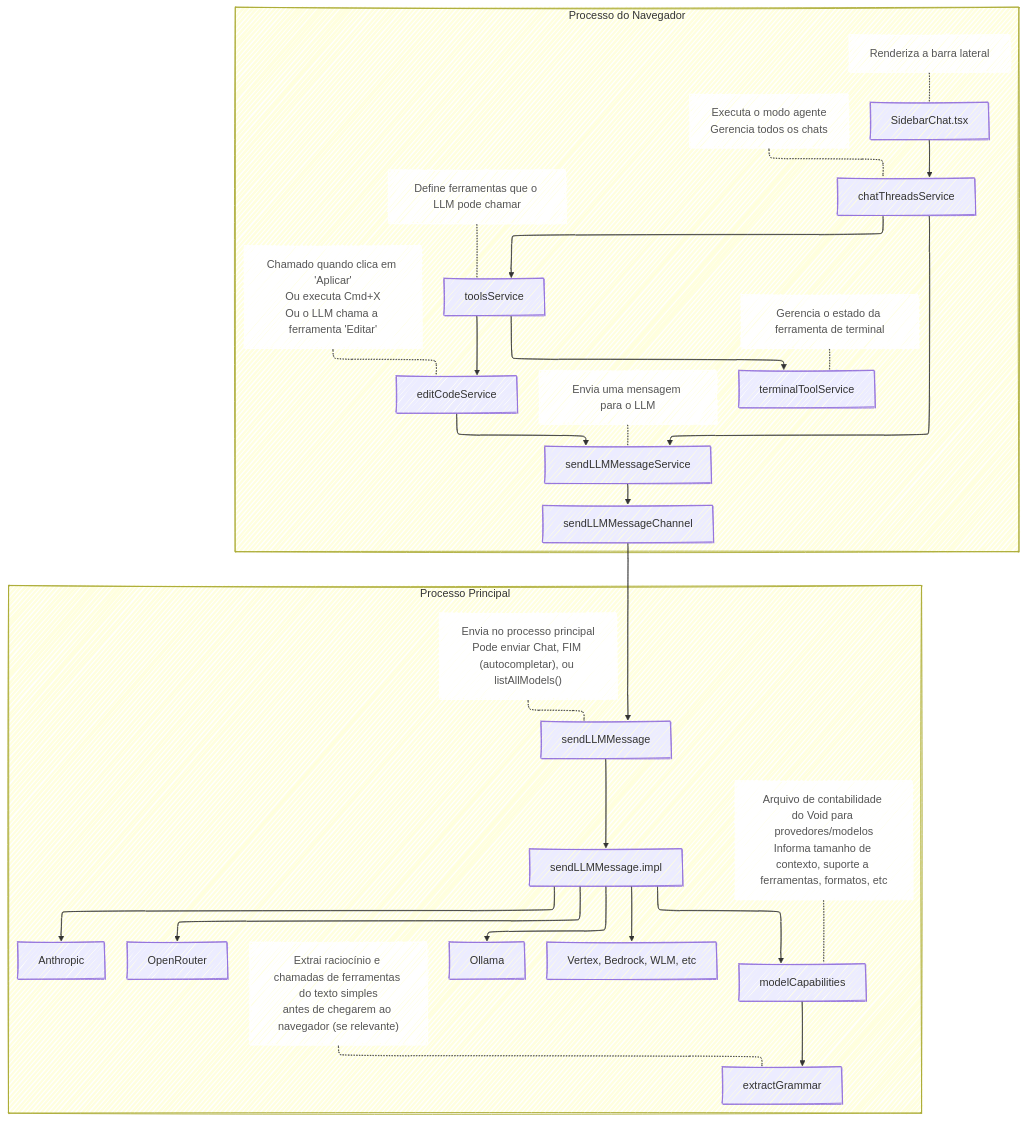
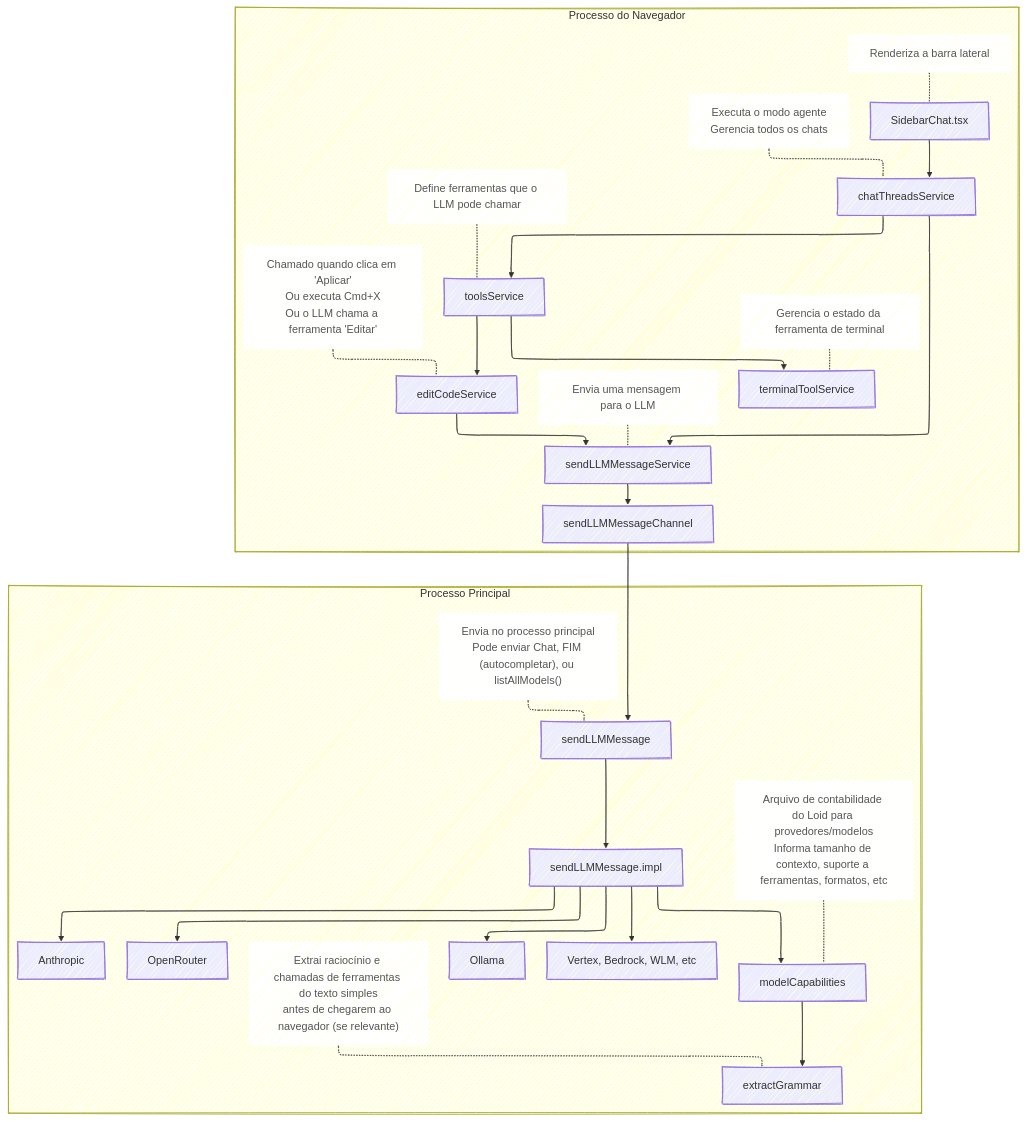
One commit to nextlw/eLaiVoid changed the diagram in VOID_CODEBASE_GUIDE.md. Above: the diagram before and after it, drawn with Mermaid. The commit also changed other lines of this file and 1 other file, not shown here.

Commit message:
Atualiza o guia da base de código, alterando referências de "Void" para "Loid" e ajustando links relacionados. Adiciona novo arquivo simbólico para a extensão "roo-cline".

````diff
--- a/VOID_CODEBASE_GUIDE.md
+++ b/VOID_CODEBASE_GUIDE.md
@@ -48,47 +48,47 @@
 ```mermaid
 ---
 config:
   layout: elk
   theme: mc
   look: handDrawn
 ---
 flowchart TD
     subgraph "Processo do Navegador"
         A[SidebarChat.tsx] --> B[chatThreadsService]
         B --> C[toolsService]
         B --> G[sendLLMMessageService]
         C --> D[terminalToolService]
         C --> E[editCodeService]
         E --> G
         G --> H[sendLLMMessageChannel]
         A1["Renderiza a barra lateral"] -.- A
         B1["Executa o modo agente<br>Gerencia todos os chats"] -.- B
         C1["Define ferramentas que o LLM pode chamar"] -.- C
         D1["Gerencia o estado da ferramenta de terminal"] -.- D
         E1["Chamado quando clica em 'Aplicar'<br>Ou executa Cmd+X<br>Ou o LLM chama a ferramenta 'Editar'"] -.- E
         G1["Envia uma mensagem para o LLM"] -.- G
     end
     subgraph "Processo Principal"
         H --> M[sendLLMMessage]
         M --> I[sendLLMMessage.impl]
         I --> J[Anthropic]
         I --> K[OpenRouter]
         I --> L[Ollama]
         I --> O[Vertex, Bedrock, WLM, etc]
         I --> N[modelCapabilities]
         N --> P[extractGrammar]
         M1["Envia no processo principal<br>Pode enviar Chat, FIM (autocompletar), ou listAllModels()"] -.- M
-        N1["Arquivo de contabilidade do Void para provedores/modelos<br>Informa tamanho de contexto, suporte a ferramentas, formatos, etc"] -.- N
+        N1["Arquivo de contabilidade do Loid para provedores/modelos<br>Informa tamanho de contexto, suporte a ferramentas, formatos, etc"] -.- N
         P1["Extrai raciocínio e chamadas de ferramentas do texto simples<br>antes de chegarem ao navegador (se relevante)"] -.- P
     end
     style A1 fill:#ffffff,stroke:#ffffff,color:#555555
     style B1 fill:#ffffff,stroke:#ffffff,color:#555555
     style C1 fill:#ffffff,stroke:#ffffff,color:#555555
     style D1 fill:#ffffff,stroke:#ffffff,color:#555555
     style E1 fill:#ffffff,stroke:#ffffff,color:#555555
     style G1 fill:#ffffff,stroke:#ffffff,color:#555555
     style M1 fill:#ffffff,stroke:#ffffff,color:#555555
     style N1 fill:#ffffff,stroke:#ffffff,color:#555555
     style P1 fill:#ffffff,stroke:#ffffff,color:#555555
 
 ```
````
